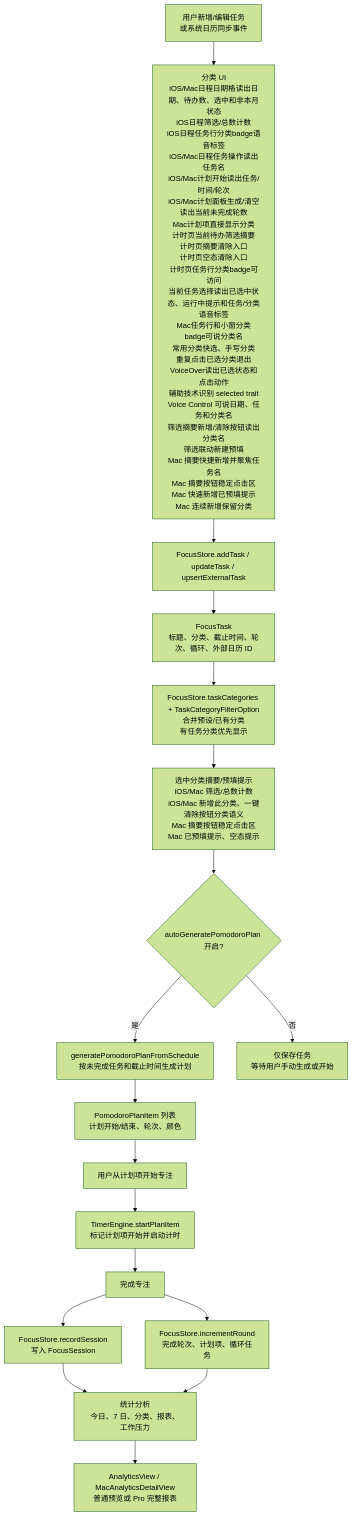
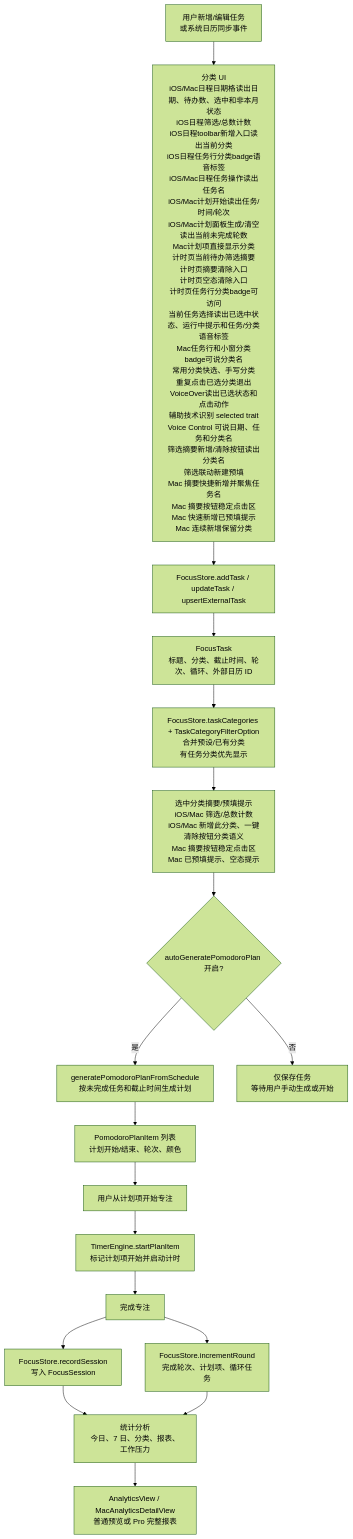
Before and after one commit to Altman-sam114/114: the third of 6 diagrams in md/flow/flowchart.md, drawn with Mermaid (forest theme). The commit also changed other lines of this file and 8 other files, not shown here.

````diff
--- a/md/flow/flowchart.md
+++ b/md/flow/flowchart.md
@@ -63,20 +63,20 @@
 ```mermaid
 flowchart TD
-  A["用户新增/编辑任务<br/>或系统日历同步事件"] --> P0["分类 UI<br/>iOS/Mac日程日期格读出日期、待办数、选中和非本月状态<br/>iOS日程筛选/总数计数<br/>iOS日程任务行分类badge语音标签<br/>iOS/Mac日程任务操作读出任务名<br/>iOS/Mac计划开始读出任务/时间/轮次<br/>iOS/Mac计划面板生成/清空读出当前未完成轮数<br/>Mac计划项直接显示分类<br/>计时页当前待办筛选摘要<br/>计时页摘要清除入口<br/>计时页空态清除入口<br/>计时页任务行分类badge可访问<br/>当前任务选择读出已选中状态、运行中提示和任务/分类语音标签<br/>Mac任务行和小窗分类badge可说分类名<br/>常用分类快选、手写分类<br/>重复点击已选分类退出<br/>VoiceOver读出已选状态和点击动作<br/>辅助技术识别 selected trait<br/>Voice Control 可说日期、任务和分类名<br/>筛选摘要新增/清除按钮读出分类名<br/>筛选联动新建预填<br/>Mac 摘要快捷新增并聚焦任务名<br/>Mac 摘要按钮稳定点击区<br/>Mac 快速新增已预填提示<br/>Mac 连续新增保留分类"]
+  A["用户新增/编辑任务<br/>或系统日历同步事件"] --> P0["分类 UI<br/>iOS/Mac日程日期格读出日期、待办数、选中和非本月状态<br/>iOS日程筛选/总数计数<br/>iOS日程toolbar新增入口读出当前分类<br/>iOS日程任务行分类badge语音标签<br/>iOS/Mac日程任务操作读出任务名<br/>iOS/Mac计划开始读出任务/时间/轮次<br/>iOS/Mac计划面板生成/清空读出当前未完成轮数<br/>Mac计划项直接显示分类<br/>计时页当前待办筛选摘要<br/>计时页摘要清除入口<br/>计时页空态清除入口<br/>计时页任务行分类badge可访问<br/>当前任务选择读出已选中状态、运行中提示和任务/分类语音标签<br/>Mac任务行和小窗分类badge可说分类名<br/>常用分类快选、手写分类<br/>重复点击已选分类退出<br/>VoiceOver读出已选状态和点击动作<br/>辅助技术识别 selected trait<br/>Voice Control 可说日期、任务和分类名<br/>筛选摘要新增/清除按钮读出分类名<br/>筛选联动新建预填<br/>Mac 摘要快捷新增并聚焦任务名<br/>Mac 摘要按钮稳定点击区<br/>Mac 快速新增已预填提示<br/>Mac 连续新增保留分类"]
   P0 --> B["FocusStore.addTask / updateTask / upsertExternalTask"]
   B --> C["FocusTask<br/>标题、分类、截止时间、轮次、循环、外部日历 ID"]
   C --> C2["FocusStore.taskCategories + TaskCategoryFilterOption<br/>合并预设/已有分类<br/>有任务分类优先显示"]
   C2 --> C3["选中分类摘要/预填提示<br/>iOS/Mac 筛选/总数计数<br/>iOS/Mac 新增此分类、一键清除按钮分类语义<br/>Mac 摘要按钮稳定点击区<br/>Mac 已预填提示、空态提示"]
   C3 --> D{"autoGeneratePomodoroPlan 开启?"}
   D -->|是| E["generatePomodoroPlanFromSchedule<br/>按未完成任务和截止时间生成计划"]
   D -->|否| F["仅保存任务<br/>等待用户手动生成或开始"]
   E --> G["PomodoroPlanItem 列表<br/>计划开始/结束、轮次、颜色"]
   G --> H["用户从计划项开始专注"]
   H --> I["TimerEngine.startPlanItem<br/>标记计划项开始并启动计时"]
   I --> J["完成专注"]
   J --> K["FocusStore.incrementRound<br/>完成轮次、计划项、循环任务"]
   J --> L["FocusStore.recordSession<br/>写入 FocusSession"]
   L --> M["统计分析<br/>今日、7 日、分类、报表、工作压力"]
   K --> M
   M --> N["AnalyticsView / MacAnalyticsDetailView<br/>普通预览或 Pro 完整报表"]
 ```
````
